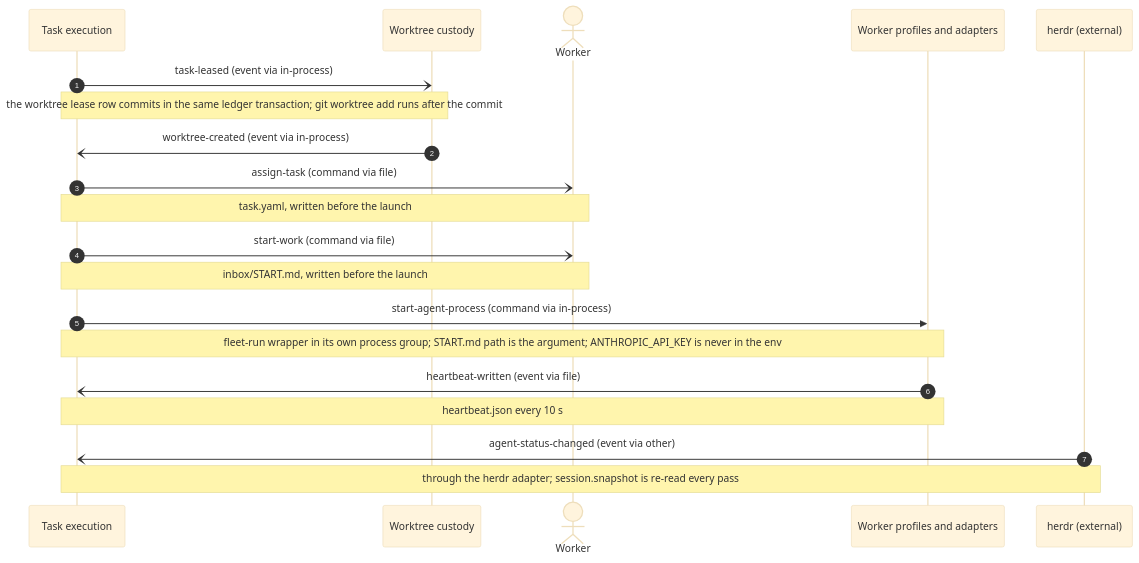
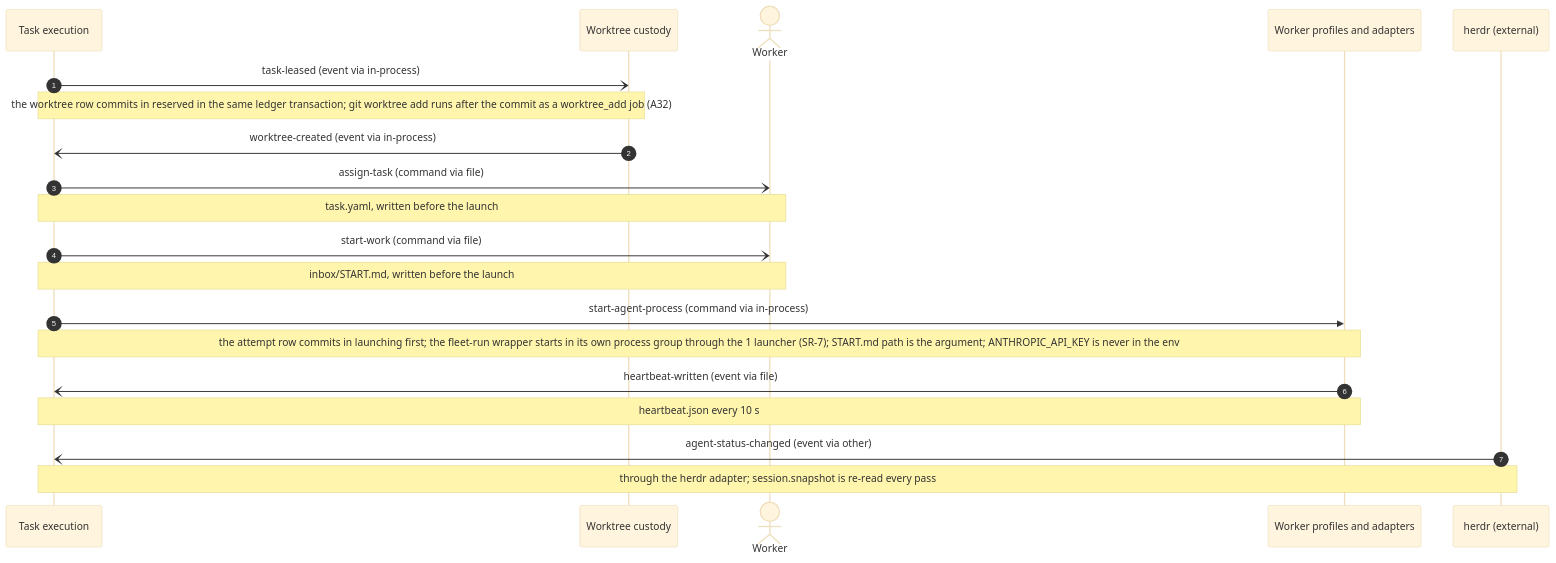
The eighth of 14 diagrams in ddd/05-connect/message-flows.md (MattMakes/multi-herdr), drawn with Mermaid (base theme) before and after one commit. The commit also changed other lines of this file and 19 other files, not shown here.

````diff
--- a/ddd/05-connect/message-flows.md
+++ b/ddd/05-connect/message-flows.md
@@ -331,22 +331,22 @@
 ```mermaid
 sequenceDiagram
   autonumber
   participant task_execution as Task execution
   participant worktree_custody as Worktree custody
   actor worker as Worker
   participant worker_profiles as Worker profiles and adapters
   participant herdr as herdr (external)
   task_execution-)worktree_custody: task-leased (event via in-process)
-  Note over task_execution,worktree_custody: the worktree lease row commits in the same ledger transaction#59; git worktree add runs after the commit
+  Note over task_execution,worktree_custody: the worktree row commits in reserved in the same ledger transaction#59; git worktree add runs after the commit as a worktree_add job (A32)
   worktree_custody-)task_execution: worktree-created (event via in-process)
   task_execution-)worker: assign-task (command via file)
   Note over task_execution,worker: task.yaml, written before the launch
   task_execution-)worker: start-work (command via file)
   Note over task_execution,worker: inbox/START.md, written before the launch
   task_execution->>worker_profiles: start-agent-process (command via in-process)
-  Note over task_execution,worker_profiles: fleet-run wrapper in its own process group#59; START.md path is the argument#59; ANTHROPIC_API_KEY is never in the env
+  Note over task_execution,worker_profiles: the attempt row commits in launching first#59; the fleet-run wrapper starts in its own process group through the 1 launcher (SR-7)#59; START.md path is the argument#59; ANTHROPIC_API_KEY is never in the env
   worker_profiles-)task_execution: heartbeat-written (event via file)
   Note over worker_profiles,task_execution: heartbeat.json every 10 s
   herdr-)task_execution: agent-status-changed (event via other)
   Note over herdr,task_execution: through the herdr adapter#59; session.snapshot is re-read every pass
 ```
````
